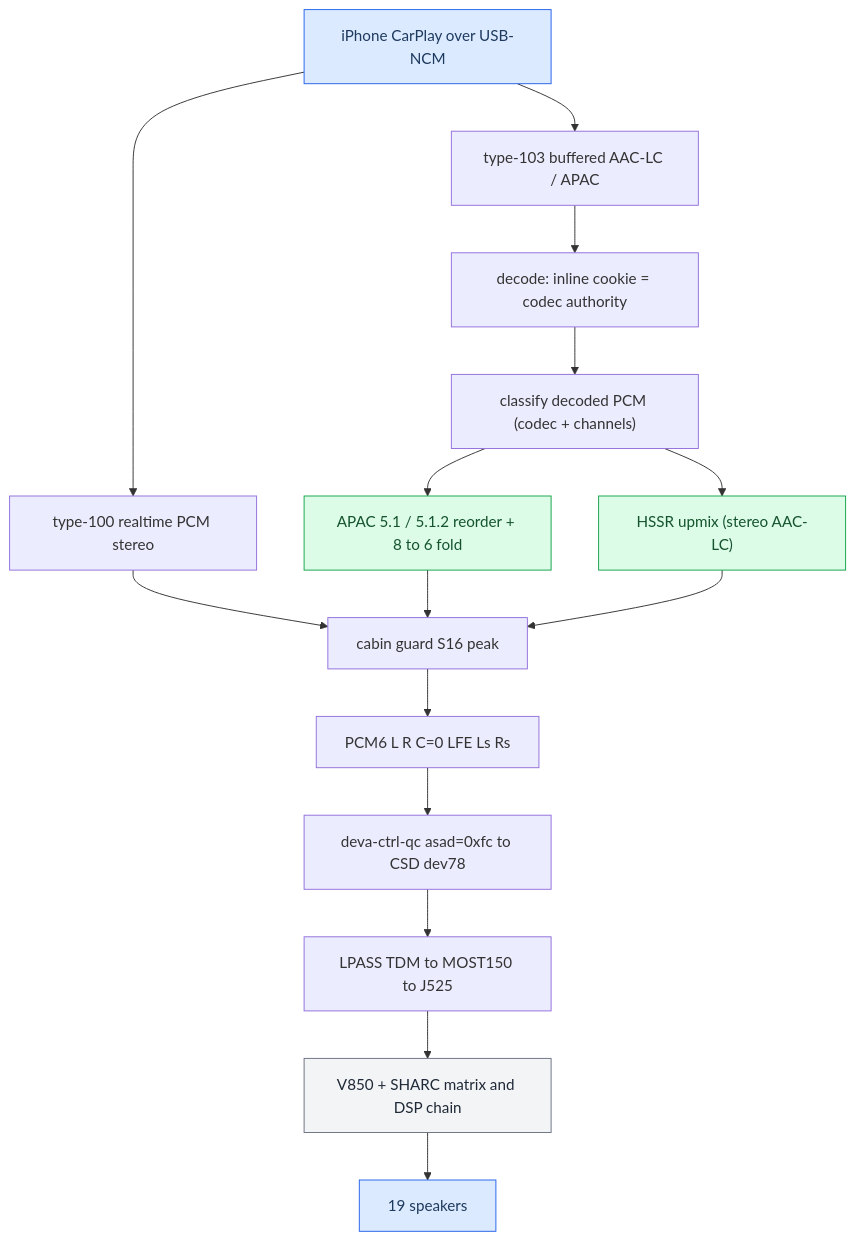
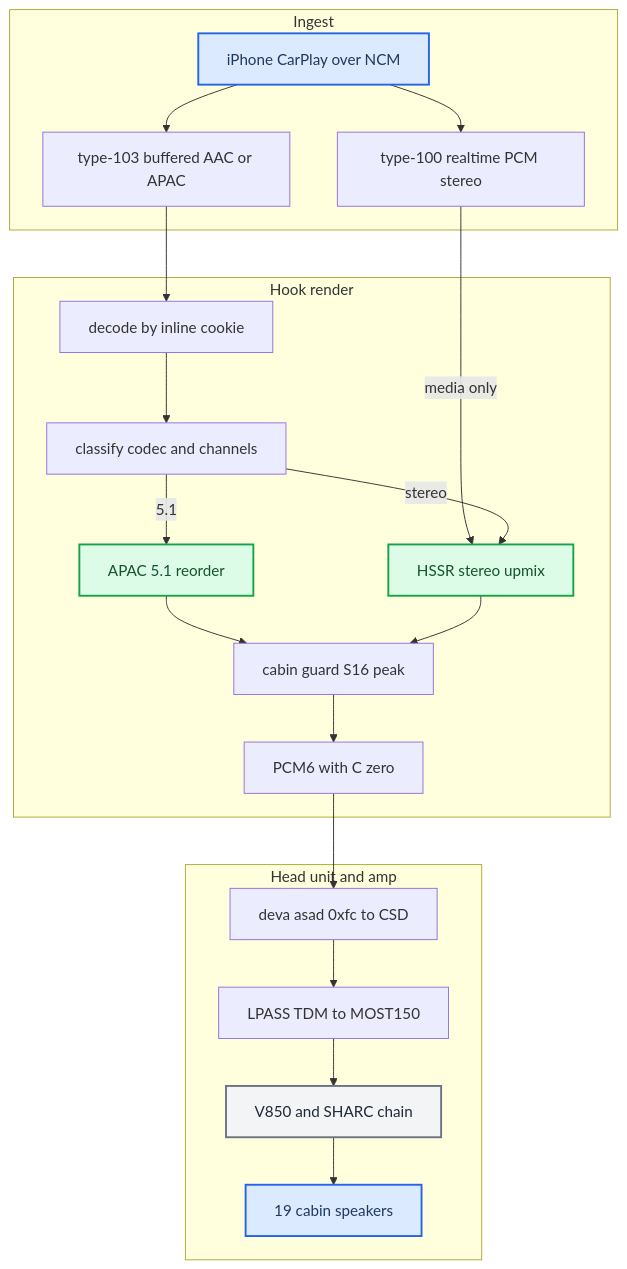
Before and after one commit to luka-dev/mib2q-carplay-rgi: the first of 3 diagrams in docs-obsidian/Audio/Stereo to 5.1 Upmix.md, drawn with Mermaid. The commit also changed other lines of this file and 43 other files, not shown here.

````diff
--- a/docs-obsidian/Audio/Stereo to 5.1 Upmix.md
+++ b/docs-obsidian/Audio/Stereo to 5.1 Upmix.md
@@ -13,29 +13,36 @@
 ```mermaid
 flowchart TB
   accTitle: Master stereo to 5.1 pipeline
-  accDescr: Two transports feed decode and classification, splitting into a discrete 5.1 path and an HSSR upmix path that both converge on PCM6, then down to the amp and speakers.
-  phone["iPhone CarPlay over USB-NCM"]
-  rt["type-100 realtime PCM stereo"]
-  buf["type-103 buffered AAC-LC / APAC"]
-  dec["decode: inline cookie = codec authority"]
-  cls["classify decoded PCM (codec + channels)"]
-  disc["APAC 5.1 / 5.1.2 reorder + 8 to 6 fold"]
-  up["HSSR upmix (stereo AAC-LC)"]
-  guard["cabin guard S16 peak"]
-  pcm6["PCM6 L R C=0 LFE Ls Rs"]
-  deva["deva-ctrl-qc asad=0xfc to CSD dev78"]
-  most["LPASS TDM to MOST150 to J525"]
-  amp["V850 + SHARC matrix and DSP chain"]
-  spk["19 speakers"]
-  phone --> rt --> guard
-  phone --> buf --> dec --> cls
-  cls --> disc --> guard
-  cls --> up --> guard
-  guard --> pcm6 --> deva --> most --> amp --> spk
-  class phone,spk primary
-  class disc,up success
-  class amp neutral
-  classDef primary fill:#dbeafe,stroke:#2563eb,color:#1e3a5f
-  classDef success fill:#dcfce7,stroke:#16a34a,color:#14532d
-  classDef neutral fill:#f3f4f6,stroke:#6b7280,color:#1f2937
+  accDescr: Two transports feed decode and classification, split into a discrete 5.1 path and an HSSR upmix path, pass the cabin guard into PCM6 and travel down to the amp and speakers.
+  subgraph ingest["Ingest"]
+    iphone["iPhone CarPlay over NCM"]
+    realtime_100["type-100 realtime PCM stereo"]
+    buffered_103["type-103 buffered AAC or APAC"]
+  end
+  subgraph render["Hook render"]
+    cookie_decode["decode by inline cookie"]
+    classify_pcm["classify codec and channels"]
+    discrete_reorder["APAC 5.1 reorder"]
+    hssr_upmix["HSSR stereo upmix"]
+    cabin_guard["cabin guard S16 peak"]
+    pcm6_out["PCM6 with C zero"]
+  end
+  subgraph downstream["Head unit and amp"]
+    deva_csd["deva asad 0xfc to CSD"]
+    most_amp["LPASS TDM to MOST150"]
+    j525_dsp["V850 and SHARC chain"]
+    speakers_19["19 cabin speakers"]
+  end
+  iphone --> realtime_100
+  iphone --> buffered_103 --> cookie_decode --> classify_pcm
+  realtime_100 -->|media only| hssr_upmix
+  classify_pcm -->|5.1| discrete_reorder --> cabin_guard
+  classify_pcm -->|stereo| hssr_upmix --> cabin_guard
+  cabin_guard --> pcm6_out --> deva_csd --> most_amp --> j525_dsp --> speakers_19
+  classDef primary fill:#dbeafe,stroke:#2563eb,stroke-width:2px,color:#1e3a5f
+  classDef success fill:#dcfce7,stroke:#16a34a,stroke-width:2px,color:#14532d
+  classDef neutral fill:#f3f4f6,stroke:#6b7280,stroke-width:2px,color:#1f2937
+  class iphone,speakers_19 primary
+  class discrete_reorder,hssr_upmix success
+  class j525_dsp neutral
 ```
````
